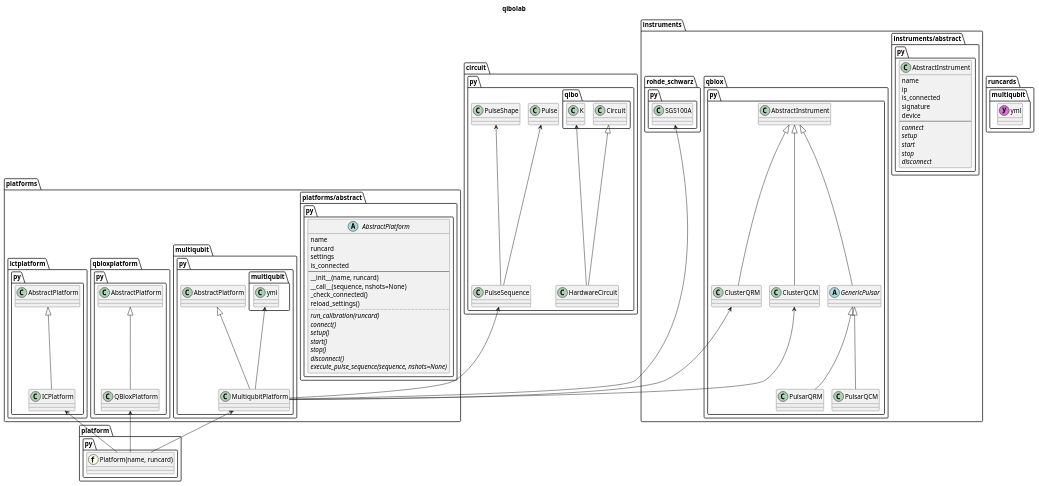
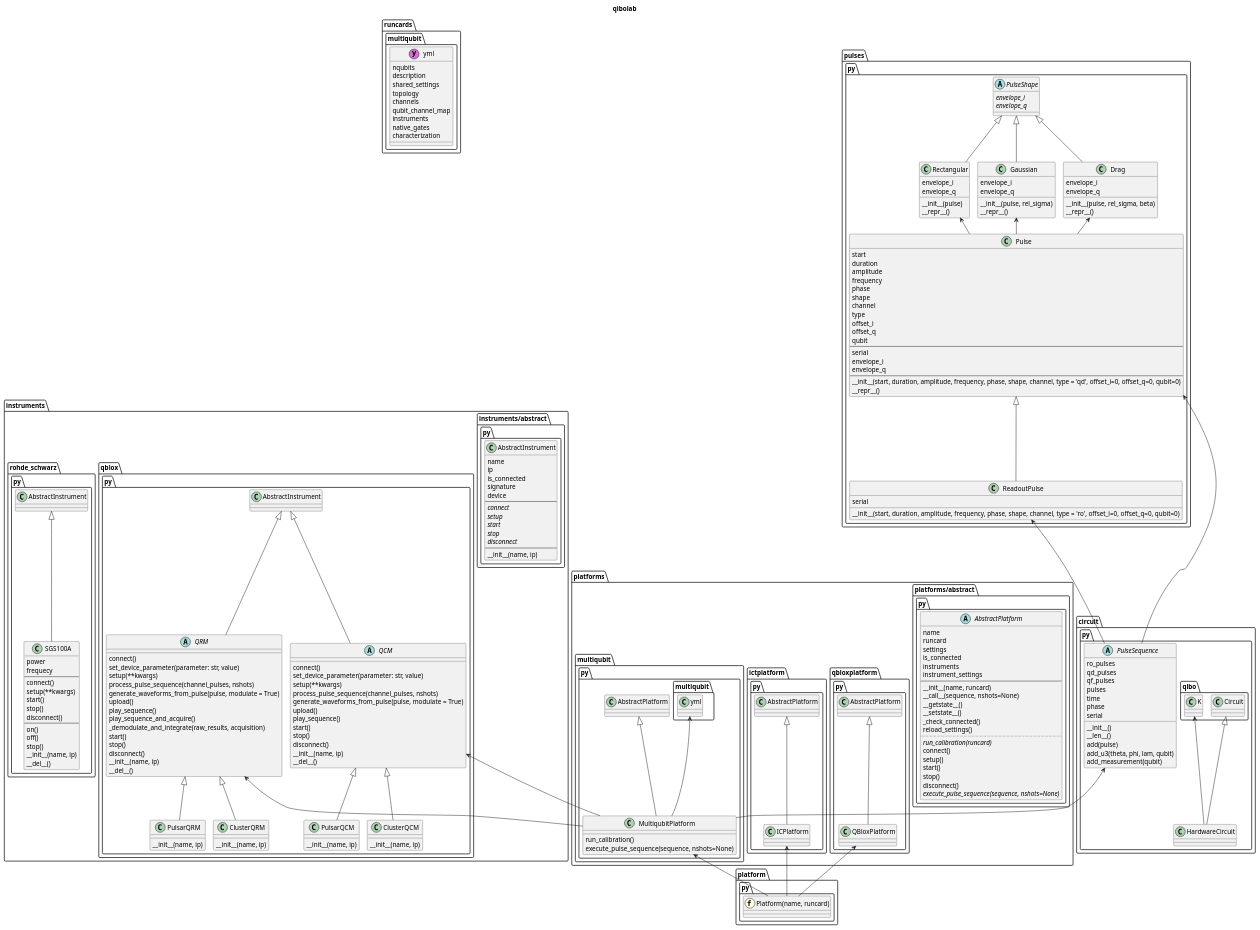
One commit to qiboteam/qibolab changed the diagram in doc/diagrams/multiqubit.puml. Above: the diagram before and after it, drawn with PlantUML.

Commit message:
Updated UML class diagram

```diff
--- a/doc/diagrams/multiqubit.puml
+++ b/doc/diagrams/multiqubit.puml
@@ -2,19 +2,18 @@
 !pragma layout smetana
 title qibolab
 
-package circuit.py {
-    class PulseSequence {
+package runcards {
+    entity multiqubit.yml  <<(y, orchid)>> {
+        nqubits
+        description
+        shared_settings
+        topology
+        channels
+        qubit_channel_map
+        instruments
+        native_gates
+        characterization
     }
-    class HardwareCircuit extends qibo.Circuit {
-    }
-    qibo.K <-- HardwareCircuit
-    Pulse <-- PulseSequence
-    PulseShape <-- PulseSequence
-}
-
-
-package runcards {
-    entity multiqubit.yml  <<(y, orchid)>> 
 }
 package instruments {
     package instruments/abstract.py{
@@ -30,24 +29,146 @@
             {abstract} start
             {abstract} stop
             {abstract} disconnect
+            --
+            __init__(name, ip)
         }
     }
     package qblox.py{
-        abstract class GenericPulsar extends AbstractInstrument{
+        abstract class QRM extends AbstractInstrument{
+            connect()
+            set_device_parameter(parameter: str, value)
+            setup(**kwargs)
+            process_pulse_sequence(channel_pulses, nshots)
+            generate_waveforms_from_pulse(pulse, modulate = True)
+            upload()
+            play_sequence()
+            play_sequence_and_acquire()
+            _demodulate_and_integrate(raw_results, acquisition)
+            start()
+            stop()
+            disconnect()
+            __init__(name, ip)
+            __del__()
         }
-        class PulsarQRM extends GenericPulsar {
+        abstract class QCM extends AbstractInstrument{
+            connect()
+            set_device_parameter(parameter: str, value)
+            setup(**kwargs)
+            process_pulse_sequence(channel_pulses, nshots)
+            generate_waveforms_from_pulse(pulse, modulate = True)
+            upload()
+            play_sequence()
+            start()
+            stop()
+            disconnect()
+            __init__(name, ip)
+            __del__()
         }
-        class PulsarQCM extends GenericPulsar {
+        class PulsarQRM extends QRM {
+            __init__(name, ip)
         }
-        class ClusterQRM extends AbstractInstrument {
+        class PulsarQCM extends QCM {
+            __init__(name, ip)
         }
-        class ClusterQCM extends AbstractInstrument {
+        class ClusterQRM extends QRM {
+            __init__(name, ip)
+        }
+        class ClusterQCM extends QCM {
+            __init__(name, ip)
         }
     }
     package rohde_schwarz.py {
-        class SGS100A{
+        class SGS100A extends AbstractInstrument {
+            power
+            frequecy
+            --
+            connect()
+            setup(**kwargs)
+            start()
+            stop()
+            disconnect()
+            --
+            on()
+            off()
+            stop()
+            __init__(name, ip)
+            __del__()
         }
     }
+}
+
+package pulses.py {
+    class Pulse{
+        start
+        duration
+        amplitude
+        frequency
+        phase
+        shape
+        channel
+        type
+        offset_i
+        offset_q
+        qubit
+        --
+        serial
+        envelope_i
+        envelope_q
+        --
+        __init__(start, duration, amplitude, frequency, phase, shape, channel, type = 'qd', offset_i=0, offset_q=0, qubit=0)
+        __repr__()
+    }
+    class ReadoutPulse extends Pulse {
+        serial
+        __init__(start, duration, amplitude, frequency, phase, shape, channel, type = 'ro', offset_i=0, offset_q=0, qubit=0)
+    }
+    abstract class PulseShape{
+        {abstract} envelope_i
+        {abstract} envelope_q
+    }
+    class Rectangular extends PulseShape{
+        envelope_i
+        envelope_q
+        __init__(pulse)
+        __repr__()
+    }
+    class Gaussian extends PulseShape{
+        envelope_i
+        envelope_q
+        __init__(pulse, rel_sigma)
+        __repr__()
+    }
+    class Drag extends PulseShape{
+        envelope_i
+        envelope_q
+        __init__(pulse, rel_sigma, beta)
+        __repr__()
+    }
+    Rectangular <-- Pulse
+    Gaussian <-- Pulse
+    Drag <-- Pulse
+}
+
+package circuit.py {
+    abstract class PulseSequence {
+        ro_pulses
+        qd_pulses
+        qf_pulses
+        pulses
+        time
+        phase
+        serial
+        __init__()
+        __len__()
+        add(pulse)
+        add_u3(theta, phi, lam, qubit)
+        add_measurement(qubit)  
+    }
+        class HardwareCircuit extends qibo.Circuit{
+    }
+    qibo.K <-- HardwareCircuit
+    Pulse <-- PulseSequence
+    ReadoutPulse <-- PulseSequence
 }
 
 package platforms {
@@ -57,27 +178,37 @@
             runcard
             settings
             is_connected
+            instruments
+            instrument_settings
             --
             __init__(name, runcard)
             __call__(sequence, nshots=None)
+            __getstate__()
+            __setstate__()
             _check_connected()
             reload_settings()
             ..
             {abstract} run_calibration(runcard)
-            {abstract} connect()
-            {abstract} setup()
-            {abstract} start()
-            {abstract} stop()
-            {abstract} disconnect()
+            connect()
+            setup()
+            start()
+            stop()
+            disconnect()
             {abstract} execute_pulse_sequence(sequence, nshots=None)
         }
     }
     package multiqubit.py {
         class MultiqubitPlatform extends AbstractPlatform {
+            run_calibration()
+            execute_pulse_sequence(sequence, nshots=None)
         }
-        ClusterQRM <-- MultiqubitPlatform
-        ClusterQCM <-- MultiqubitPlatform
-        SGS100A <-- MultiqubitPlatform
+        QRM <-- MultiqubitPlatform
+        QCM <-- MultiqubitPlatform
+        'PulsarQRM <-- multiqubit.yml
+        'PulsarQCM <-- multiqubit.yml
+        'ClusterQRM <-- multiqubit.yml
+        'ClusterQCM <-- multiqubit.yml
+        'SGS100A <-- multiqubit.yml
         PulseSequence <-- MultiqubitPlatform
         multiqubit.yml <-- MultiqubitPlatform
     }
```
